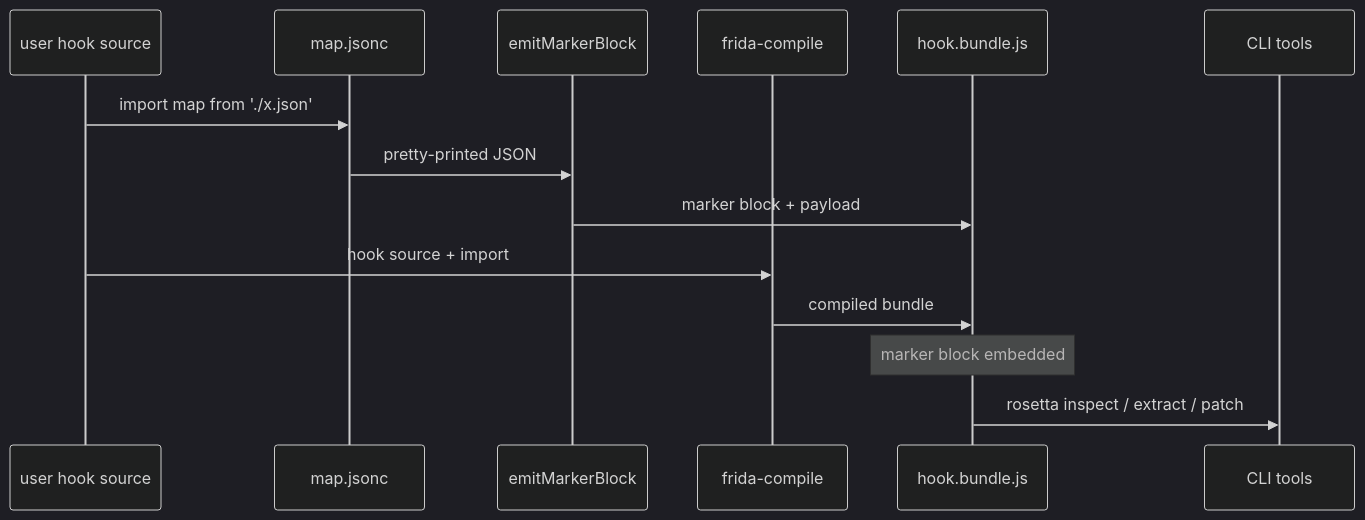
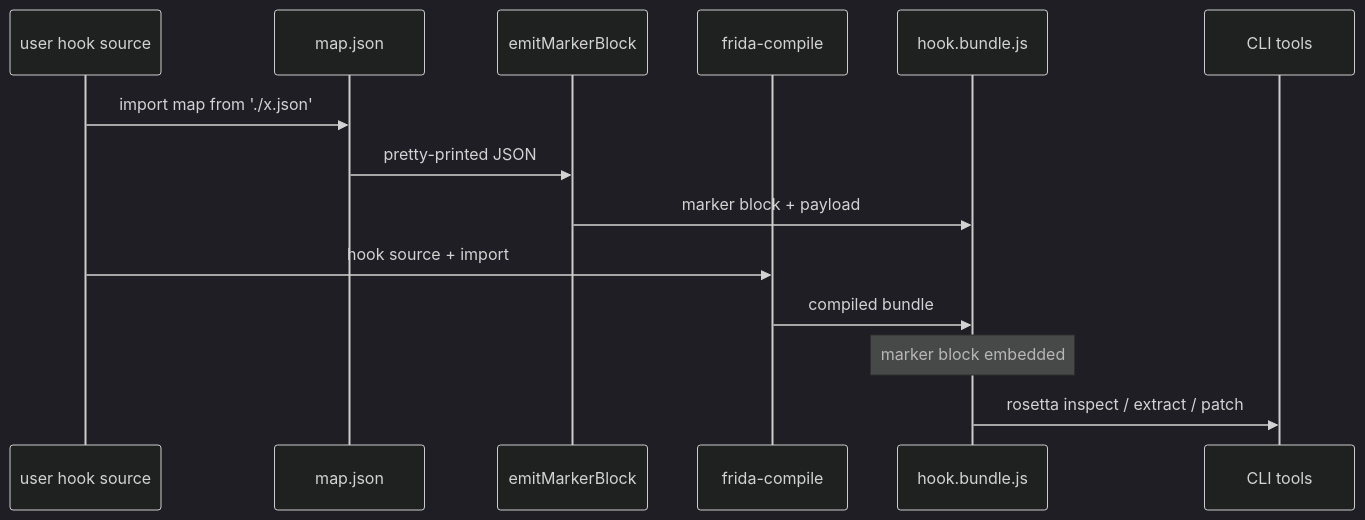
The diagram in docs/maps/marker-block.md (Xiddoc/rosetta-frida), drawn with Mermaid (dark theme) before and after one commit. The commit also changed other lines of this file and 96 other files, not shown here.

First line of the commit message:
Schema v2: require version_code, switch artifact to strict JSON

````diff
--- a/docs/maps/marker-block.md
+++ b/docs/maps/marker-block.md
@@ -207,17 +208,17 @@
 ```mermaid
 sequenceDiagram
     participant U as user hook source
-    participant J as map.jsonc
+    participant J as map.json
     participant E as emitMarkerBlock
     participant FC as frida-compile
     participant B as hook.bundle.js
     participant C as CLI tools
 
     U->>J: import map from './x.json'
     J->>E: pretty-printed JSON
     E->>B: marker block + payload
     U->>FC: hook source + import
     FC->>B: compiled bundle
     Note over B: marker block embedded
     B->>C: rosetta inspect / extract / patch
 ```
````
